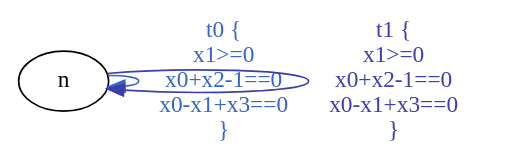
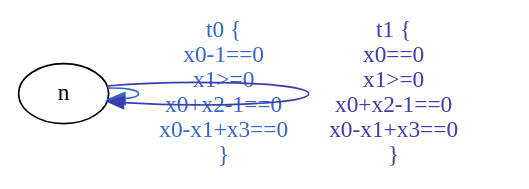
One commit to jesusjda/pyParser changed the diagram in pyParser/graphs/example_mlc.dot. Above: the diagram before and after it, drawn with Graphviz. The commit also changed 1 other file, not shown here.

```diff
--- a/pyParser/graphs/example_mlc.dot
+++ b/pyParser/graphs/example_mlc.dot
@@ -1,5 +1,5 @@
 digraph "" {
 n;
-n -> n  [color="#3366CC", fontcolor="#3366CC", key=t0, label="t0 {\nx1>=0\nx0+x2-1==0\nx0-x1+x3==0\n}", name=t0, source=n, target=n, tr_polyhedron="A 2-dimensional polyhedron in QQ^4 defined as the convex hull of 1 point, 1 ray, 1 line"];
-n -> n  [color="#3B3EAC", fontcolor="#3B3EAC", key=t1, label="t1 {\nx1>=0\nx0+x2-1==0\nx0-x1+x3==0\n}", name=t1, source=n, target=n, tr_polyhedron="A 2-dimensional polyhedron in QQ^4 defined as the convex hull of 1 point, 1 ray, 1 line"];
+n -> n  [color="#3366CC", fontcolor="#3366CC", key=t0, label="t0 {\nx0-1==0\nx1>=0\nx0+x2-1==0\nx0-x1+x3==0\n}", name=t0, source=n, target=n, tr_polyhedron="A 1-dimensional polyhedron in QQ^4 defined as the convex hull of 1 point, 1 ray"];
+n -> n  [color="#3B3EAC", fontcolor="#3B3EAC", key=t1, label="t1 {\nx0==0\nx1>=0\nx0+x2-1==0\nx0-x1+x3==0\n}", name=t1, source=n, target=n, tr_polyhedron="A 1-dimensional polyhedron in QQ^4 defined as the convex hull of 1 point, 1 ray"];
 }
```
